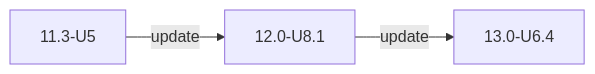
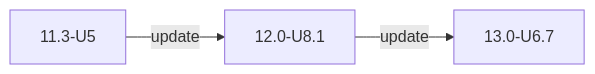
One commit to truenas/documentation changed the second of 2 diagrams in static/includes/COREUpgradePaths.md. Above: the diagram before and after it, drawn with Mermaid. The commit also changed other lines of this file and 2 other files, not shown here.

Commit message:
Add 13.0-U6.6, 13.0-U6.7 to master data files (#3456)
* Add 13.0-U6.6 to master data files

* add 13.0-U6.7

* Update core-releases.yaml

* Update COREUpgradePaths.md

---------

```diff
--- a/static/includes/COREUpgradePaths.md
+++ b/static/includes/COREUpgradePaths.md
@@ -21,5 +21,5 @@
       {{< mermaid class="mermaid_sizing" >}}
       flowchart LR
       A["11.3-U5"] -->|update| B["12.0-U8.1"]
-      B -->|update| C["13.0-U6.4"]
+      B -->|update| C["13.0-U6.7"]
       {{< /mermaid >}}
```
